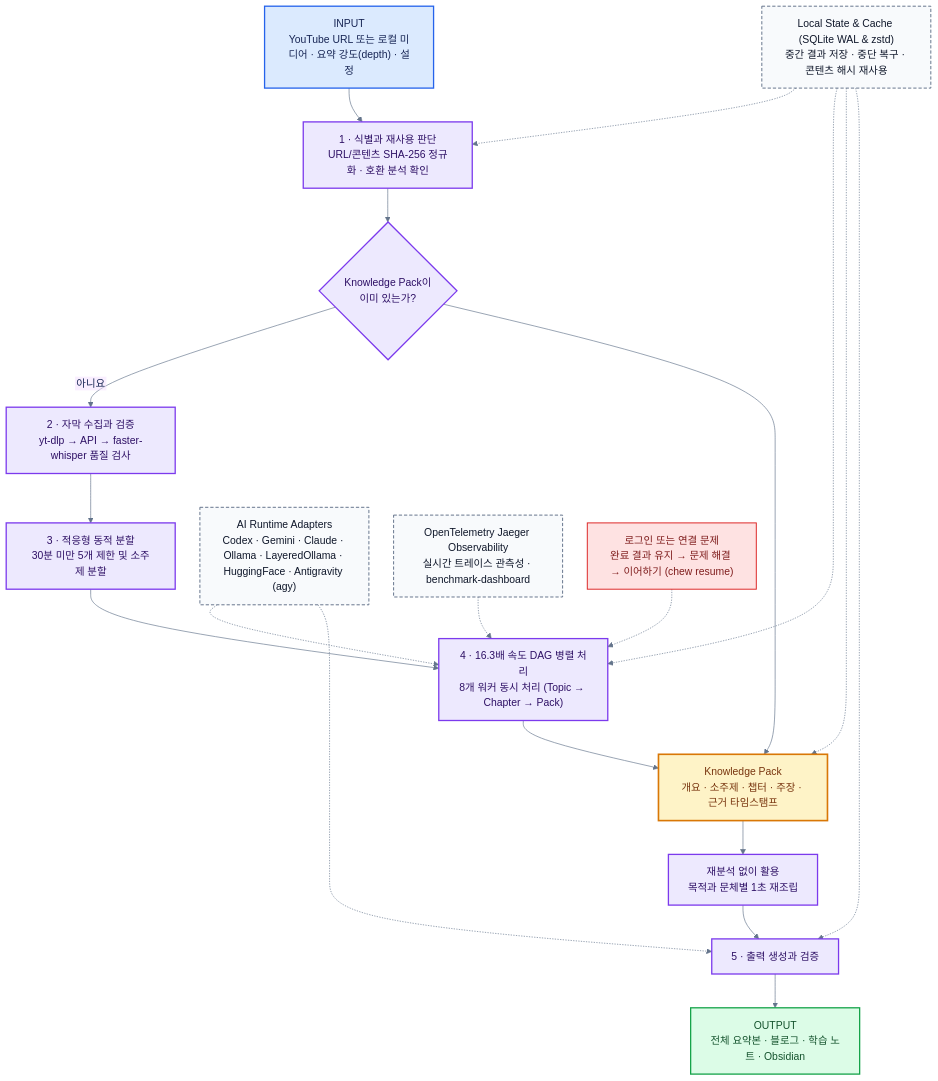
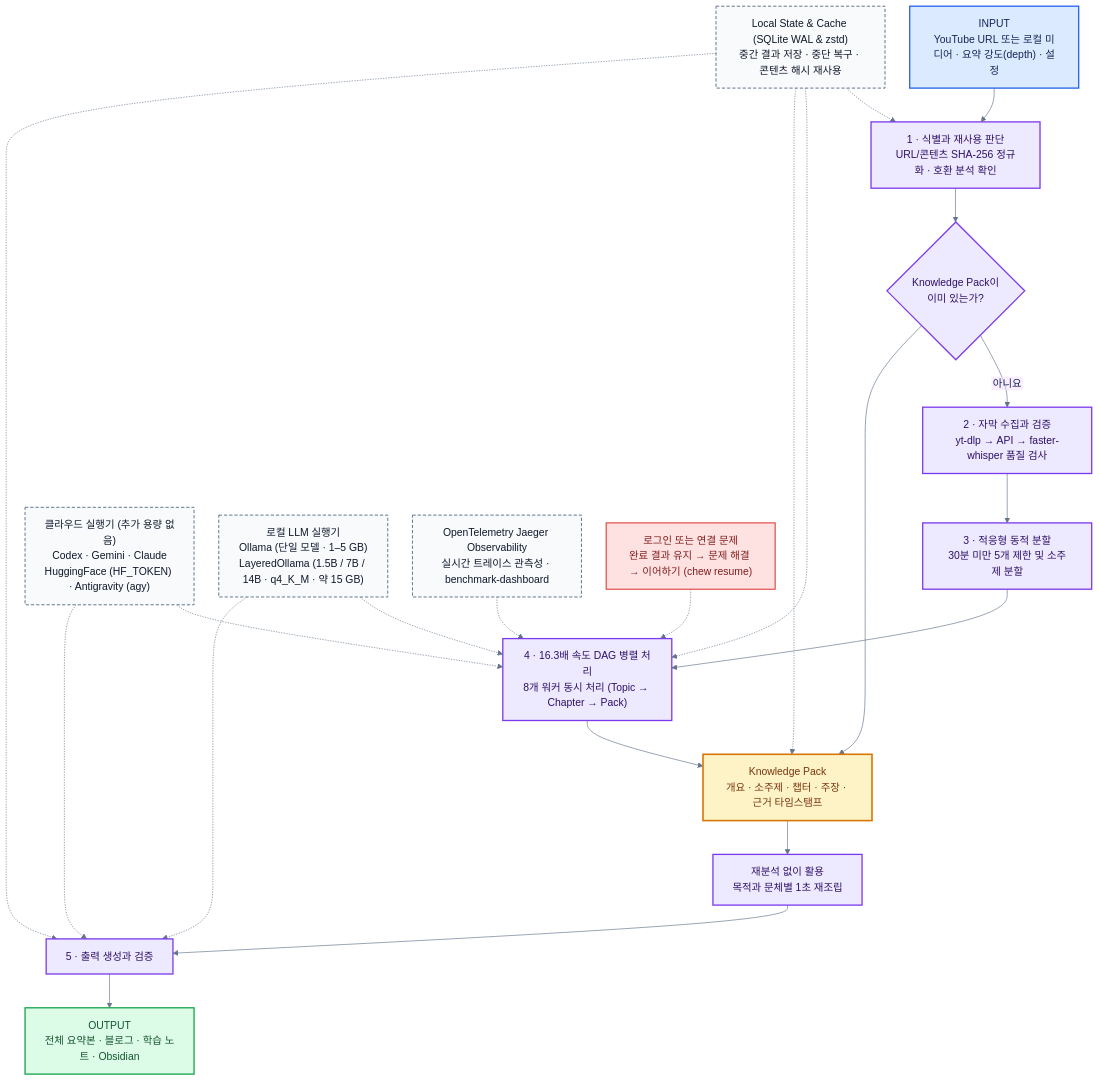
Before and after one commit to SHcommit/youtube-summerizer-kit: the diagram in assets/architecture/ko/internal-pipeline.mmd, drawn with Mermaid. The commit also changed 3 other files, not shown here.

First line of the commit message:
docs(assets): split runtime node into cloud vs local LLM in pipeline diagrams

```diff
--- a/assets/architecture/ko/internal-pipeline.mmd
+++ b/assets/architecture/ko/internal-pipeline.mmd
@@ -1,41 +1,43 @@
 %%{init: {"theme":"base","themeVariables":{"fontFamily":"Arial, Apple SD Gothic Neo, Noto Sans KR, sans-serif","primaryTextColor":"#172554","lineColor":"#64748b","clusterBkg":"#ffffff","clusterBorder":"#cbd5e1"},"flowchart":{"curve":"basis","nodeSpacing":38,"rankSpacing":52,"htmlLabels":false}}}%%
 flowchart TB
     INPUT["INPUT<br/>YouTube URL 또는 로컬 미디어 · 요약 강도(depth) · 설정"]
     IDENTITY["1 · 식별과 재사용 판단<br/>URL/콘텐츠 SHA-256 정규화 · 호환 분석 확인"]
     INPUT --> IDENTITY
     IDENTITY --> CACHE{"Knowledge Pack이<br/>이미 있는가?"}
 
     CACHE -->|아니요| ACQUIRE["2 · 자막 수집과 검증<br/>yt-dlp → API → faster-whisper 품질 검사"]
     ACQUIRE --> SEGMENT["3 · 적응형 동적 분할<br/>30분 미만 5개 제한 및 소주제 분할"]
     SEGMENT --> SYNTHESIS["4 · 16.3배 속도 DAG 병렬 처리<br/>8개 워커 동시 처리 (Topic → Chapter → Pack)"]
     SYNTHESIS --> PACK["Knowledge Pack<br/>개요 · 소주제 · 챕터 · 주장 · 근거 타임스탬프"]
     CACHE --> PACK
 
     PACK --> REUSE["재분석 없이 활용<br/>목적과 문체별 1초 재조립"]
     REUSE --> ASSEMBLY["5 · 출력 생성과 검증"]
     ASSEMBLY --> OUTPUT["OUTPUT<br/>전체 요약본 · 블로그 · 학습 노트 · Obsidian"]
 
-    RUNTIMES["AI Runtime Adapters<br/>Codex · Gemini · Claude · Ollama · LayeredOllama · HuggingFace · Antigravity (agy)"] -.-> SYNTHESIS
-    RUNTIMES -.-> ASSEMBLY
+    CLOUD["클라우드 실행기 (추가 용량 없음)<br/>Codex · Gemini · Claude<br/>HuggingFace (HF_TOKEN) · Antigravity (agy)"] -.-> SYNTHESIS
+    CLOUD -.-> ASSEMBLY
+    LOCAL_LLM["로컬 LLM 실행기<br/>Ollama (단일 모델 · 1–5 GB)<br/>LayeredOllama (1.5B / 7B / 14B · q4_K_M · 약 15 GB)"] -.-> SYNTHESIS
+    LOCAL_LLM -.-> ASSEMBLY
 
     LOCAL["Local State & Cache (SQLite WAL & zstd)<br/>중간 결과 저장 · 중단 복구 · 콘텐츠 해시 재사용"] -.-> IDENTITY
     LOCAL -.-> SYNTHESIS
     LOCAL -.-> PACK
     LOCAL -.-> ASSEMBLY
 
     TELEMETRY["OpenTelemetry Jaeger Observability<br/>실시간 트레이스 관측성 · benchmark-dashboard"] -.-> SYNTHESIS
 
     RECOVERY["로그인 또는 연결 문제<br/>완료 결과 유지 → 문제 해결 → 이어하기 (chew resume)"] -.-> SYNTHESIS
 
     classDef input fill:#dbeafe,stroke:#2563eb,stroke-width:2px,color:#172554;
     classDef process fill:#ede9fe,stroke:#7c3aed,stroke-width:2px,color:#2e1065;
     classDef knowledge fill:#fef3c7,stroke:#d97706,stroke-width:2.5px,color:#78350f;
     classDef output fill:#dcfce7,stroke:#16a34a,stroke-width:2px,color:#14532d;
     classDef support fill:#f8fafc,stroke:#64748b,stroke-width:1.5px,stroke-dasharray:5 3,color:#0f172a;
     classDef recovery fill:#fee2e2,stroke:#dc2626,stroke-width:1.5px,color:#7f1d1d;
     class INPUT input;
     class IDENTITY,CACHE,ACQUIRE,SEGMENT,SYNTHESIS,REUSE,ASSEMBLY process;
     class PACK knowledge;
     class OUTPUT output;
-    class RUNTIMES,LOCAL,TELEMETRY support;
+    class CLOUD,LOCAL_LLM,LOCAL,TELEMETRY support;
     class RECOVERY recovery;
```
